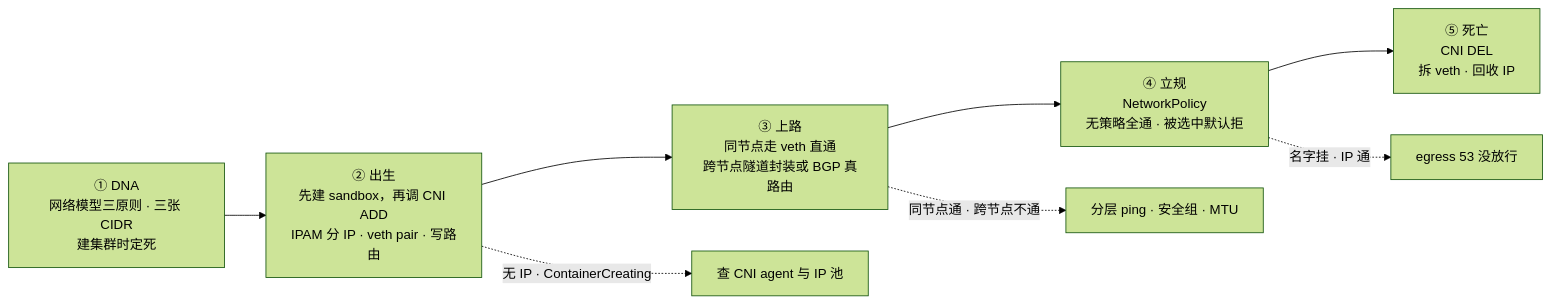
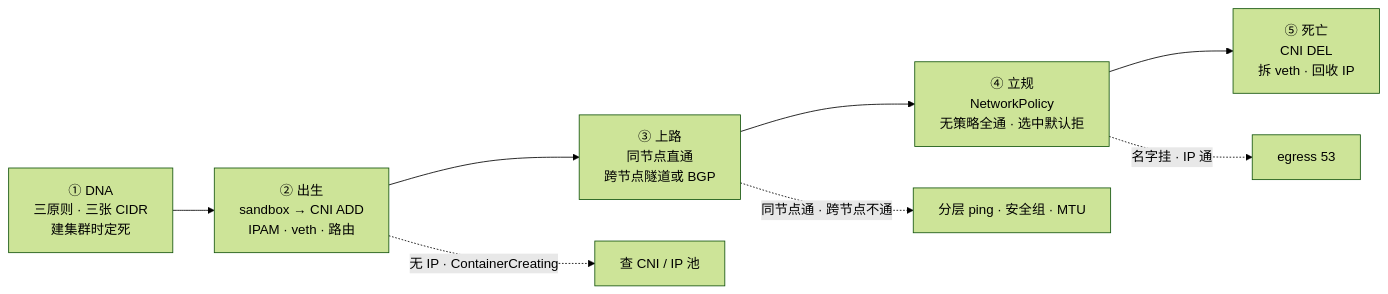
One commit to ml-cuizijun/LearnToLilith changed the first of 5 diagrams in 03-Kubernetes/10-CNI与网络策略/知识点.md. Above: the diagram before and after it, drawn with Mermaid (forest theme). The commit also changed other lines of this file and 178 other files, not shown here.

````diff
--- a/03-Kubernetes/10-CNI与网络策略/知识点.md
+++ b/03-Kubernetes/10-CNI与网络策略/知识点.md
@@ -21,10 +15,10 @@
 ```mermaid
 flowchart LR
-    DNA["① DNA<br/>网络模型三原则 · 三张 CIDR<br/>建集群时定死"] --> BORN["② 出生<br/>先建 sandbox，再调 CNI ADD<br/>IPAM 分 IP · veth pair · 写路由"]
-    BORN --> WORK["③ 上路<br/>同节点走 veth 直通<br/>跨节点隧道封装或 BGP 真路由"]
-    WORK --> GATE["④ 立规<br/>NetworkPolicy<br/>无策略全通 · 被选中默认拒"]
+    DNA["① DNA<br/>三原则 · 三张 CIDR<br/>建集群时定死"] --> BORN["② 出生<br/>sandbox → CNI ADD<br/>IPAM · veth · 路由"]
+    BORN --> WORK["③ 上路<br/>同节点直通<br/>跨节点隧道或 BGP"]
+    WORK --> GATE["④ 立规<br/>NetworkPolicy<br/>无策略全通 · 选中默认拒"]
     GATE --> DEAD["⑤ 死亡<br/>CNI DEL<br/>拆 veth · 回收 IP"]
-    BORN -.->|"无 IP · ContainerCreating"| K1["查 CNI agent 与 IP 池"]
+    BORN -.->|"无 IP · ContainerCreating"| K1["查 CNI / IP 池"]
     WORK -.->|"同节点通 · 跨节点不通"| K2["分层 ping · 安全组 · MTU"]
-    GATE -.->|"名字挂 · IP 通"| K3["egress 53 没放行"]
+    GATE -.->|"名字挂 · IP 通"| K3["egress 53"]
 ```
````
